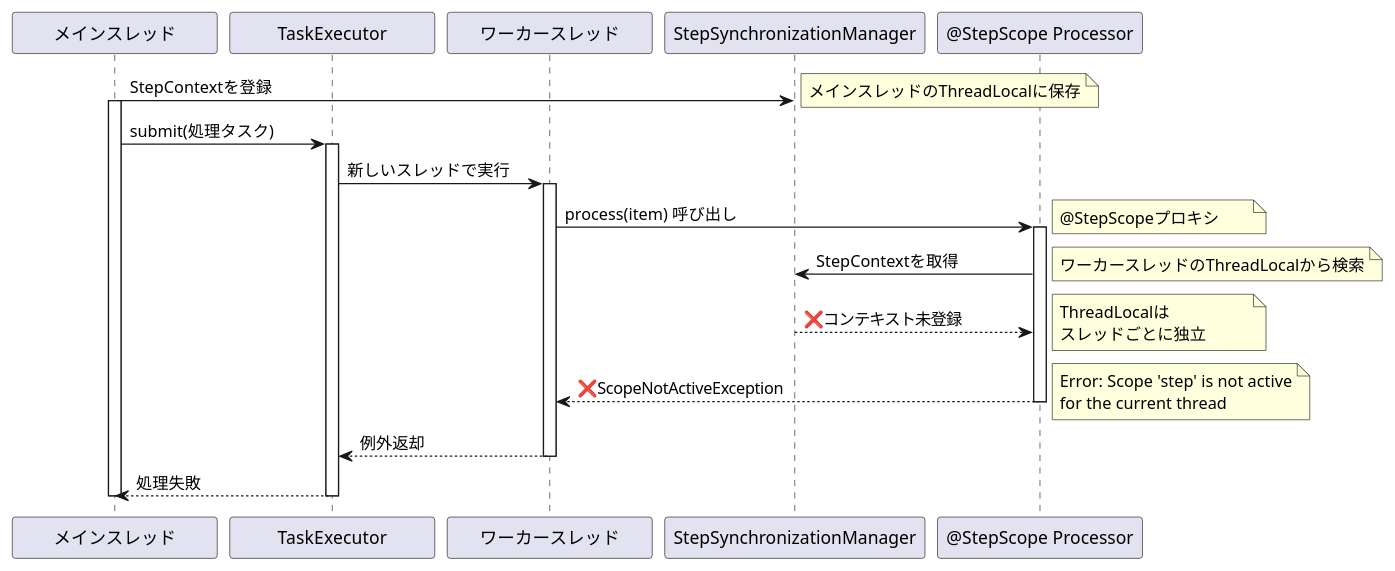
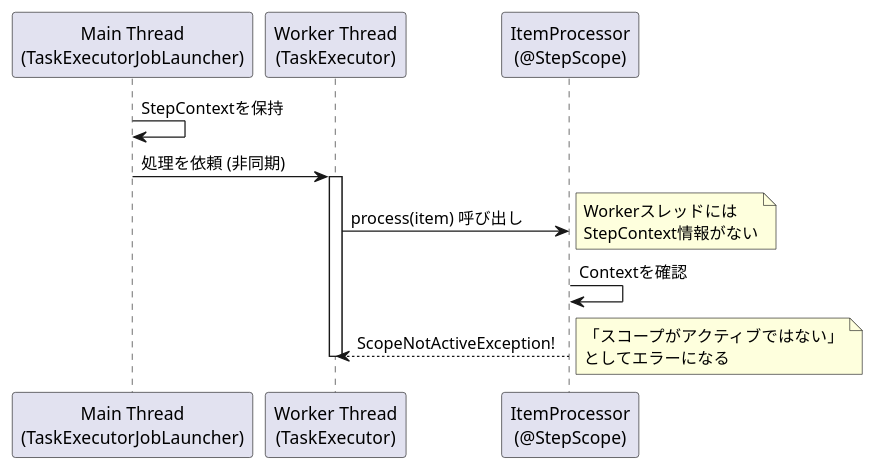
The diagram in output/spring-batch/6.0.2/open/current/markdown/issues_summary/issue_5183.md (mochimoching/github_issue_translate), drawn with PlantUML before and after one commit. The commit also changed other lines of this file and 85 other files, not shown here.

````diff
--- a/output/spring-batch/6.0.2/open/current/markdown/issues_summary/issue_5183.md
+++ b/output/spring-batch/6.0.2/open/current/markdown/issues_summary/issue_5183.md
@@ -13,47 +16,26 @@
 ```plantuml
 @startuml
-skinparam backgroundColor transparent
-skinparam minClassWidth 150
+participant "Main Thread\n(TaskExecutorJobLauncher)" as Main
+participant "Worker Thread\n(TaskExecutor)" as Worker
+participant "ItemProcessor\n(@StepScope)" as Processor
 
-participant "メインスレッド" as Main
-participant "TaskExecutor" as Executor
-participant "ワーカースレッド" as Worker
-participant "StepSynchronizationManager" as Manager
-participant "@StepScope Processor" as Processor
-
-Main -> Manager: StepContextを登録
-activate Main
-note right: メインスレッドのThreadLocalに保存
-
-Main -> Executor: submit(処理タスク)
-activate Executor
-
-Executor -> Worker: 新しいスレッドで実行
+Main -> Main: StepContextを保持
+Main -> Worker: 処理を依頼 (非同期)
 activate Worker
 
 Worker -> Processor: process(item) 呼び出し
-activate Processor
-note right: @StepScopeプロキシ
-
-Processor -> Manager: StepContextを取得
-note right: ワーカースレッドのThreadLocalから検索
-
-Manager --> Processor: ❌コンテキスト未登録
-note right: ThreadLocalは\nスレッドごとに独立
-
-Processor --> Worker: ❌ScopeNotActiveException
-deactivate Processor
 note right
-  Error: Scope 'step' is not active
-  for the current thread
+  Workerスレッドには
+  StepContext情報がない
 end note
 
-Worker --> Executor: 例外返却
+Processor -> Processor: Contextを確認
+Processor --> Worker: ScopeNotActiveException!
+note right
+  「スコープがアクティブではない」
+  としてエラーになる
+end note
+
 deactivate Worker
-
-Executor --> Main: 処理失敗
-deactivate Executor
-deactivate Main
-
 @enduml
 ```
````
